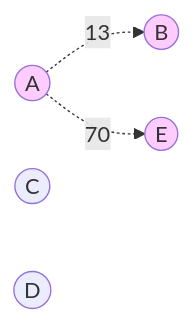
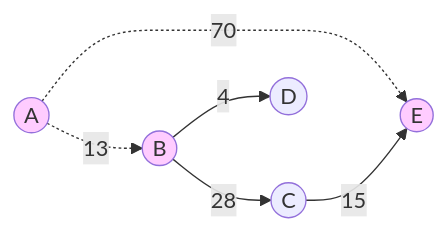
Before and after one commit to dmjcb/dmjcb.github.io: the second of 4 diagrams in _posts/DataStructures/Graph/2022-02-13-SPFA最短路.md, drawn with Mermaid. The commit also changed other lines of this file and 122 other files, not shown here.

Commit message:
修复图形显示BUG

````diff
--- a/_posts/DataStructures/Graph/2022-02-13-SPFA最短路.md
+++ b/_posts/DataStructures/Graph/2022-02-13-SPFA最短路.md
@@ -49,16 +54,19 @@
 ```mermaid
 graph LR
     A((A))
     B((B))
     C((C))
     D((D))
     E((E))
 
     A -.13-.-> B
     A -.70-.-> E
+    B --28--> C
+    B --4--> D
+    C --15--> E
 
     A:::Style
     B:::Style
     E:::Style
     classDef Style fill:#FFCCFF
 ```
````
